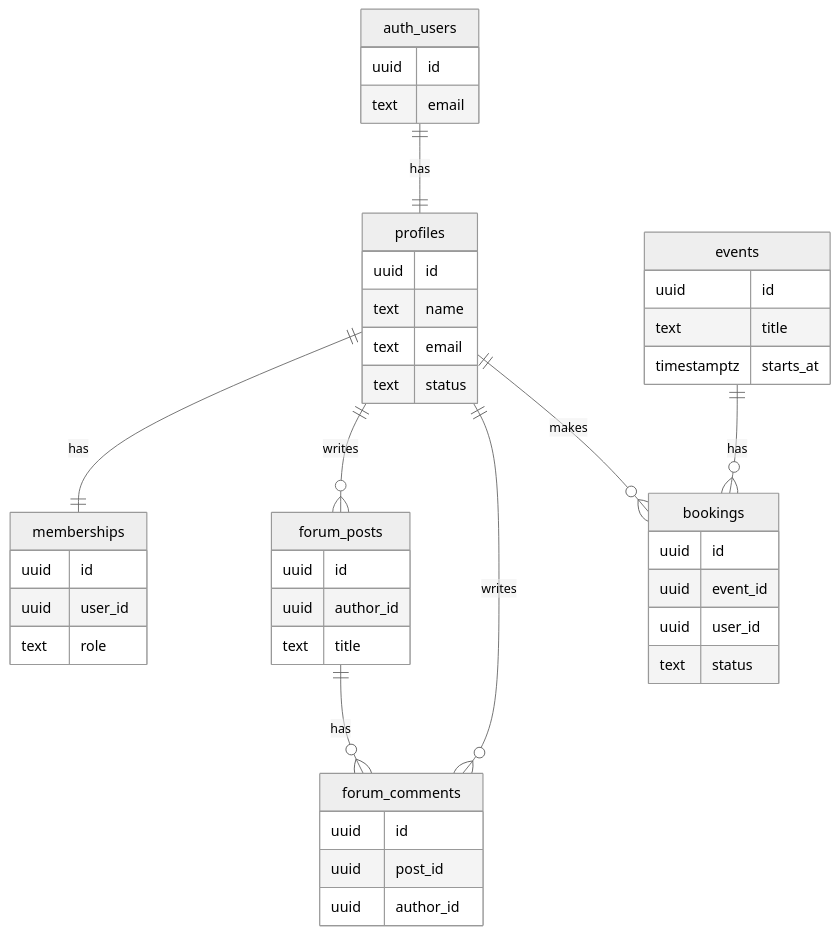
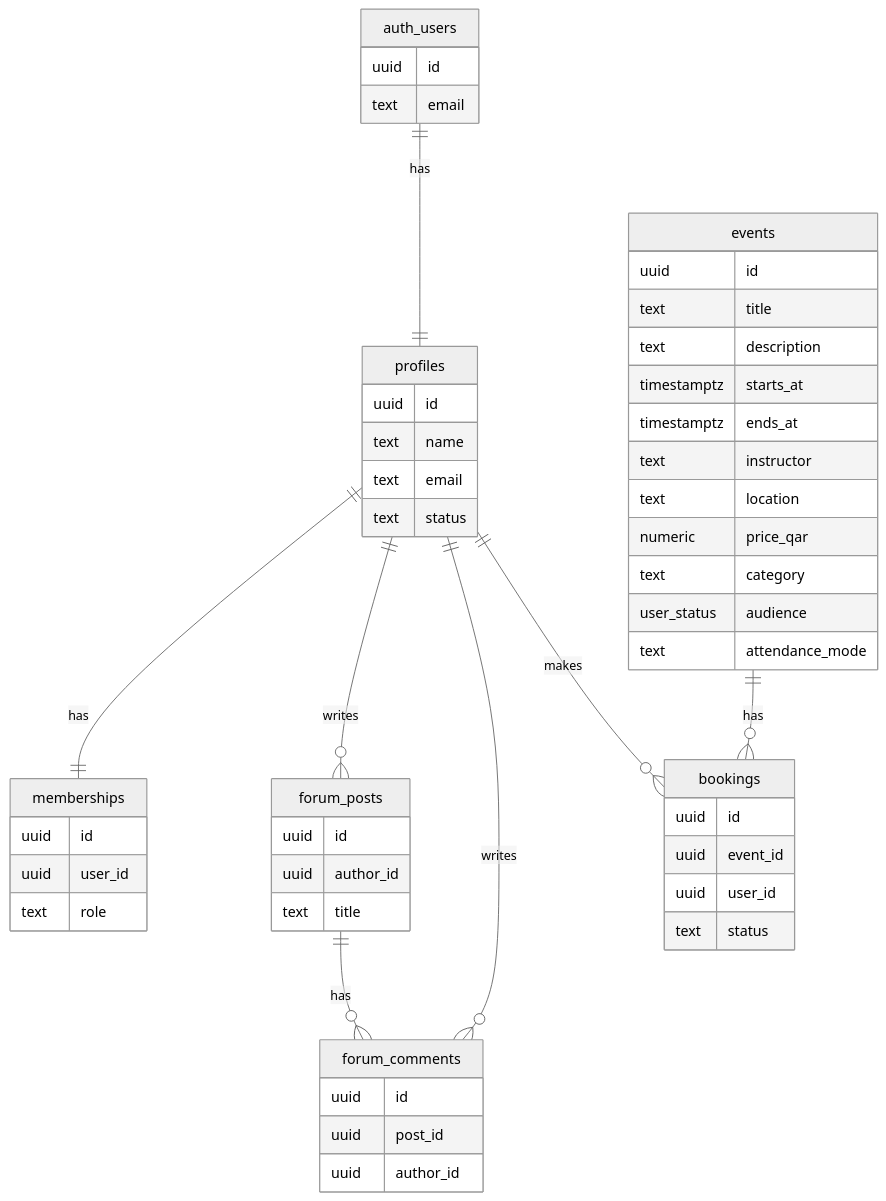
The second of 2 diagrams in docs/ASSIGNMENT_PART2_PART3_Deliverable.md (alinaporsh/the-mom-club), drawn with Mermaid (neutral theme) before and after one commit. The commit also changed other lines of this file and 5 other files, not shown here.

````diff
--- a/docs/ASSIGNMENT_PART2_PART3_Deliverable.md
+++ b/docs/ASSIGNMENT_PART2_PART3_Deliverable.md
@@ -151,46 +155,54 @@
 ```mermaid
 erDiagram
     auth_users ||--|| profiles : has
     profiles ||--|| memberships : has
     profiles ||--o{ forum_posts : writes
     profiles ||--o{ forum_comments : writes
     profiles ||--o{ bookings : makes
     forum_posts ||--o{ forum_comments : has
     events ||--o{ bookings : has
     auth_users {
         uuid id
         text email
     }
     profiles {
         uuid id
         text name
         text email
         text status
     }
     memberships {
         uuid id
         uuid user_id
         text role
     }
     forum_posts {
         uuid id
         uuid author_id
         text title
     }
     forum_comments {
         uuid id
         uuid post_id
         uuid author_id
     }
     events {
         uuid id
         text title
+        text description
         timestamptz starts_at
+        timestamptz ends_at
+        text instructor
+        text location
+        numeric price_qar
+        text category
+        user_status audience
+        text attendance_mode
     }
     bookings {
         uuid id
         uuid event_id
         uuid user_id
         text status
     }
 ```
````
